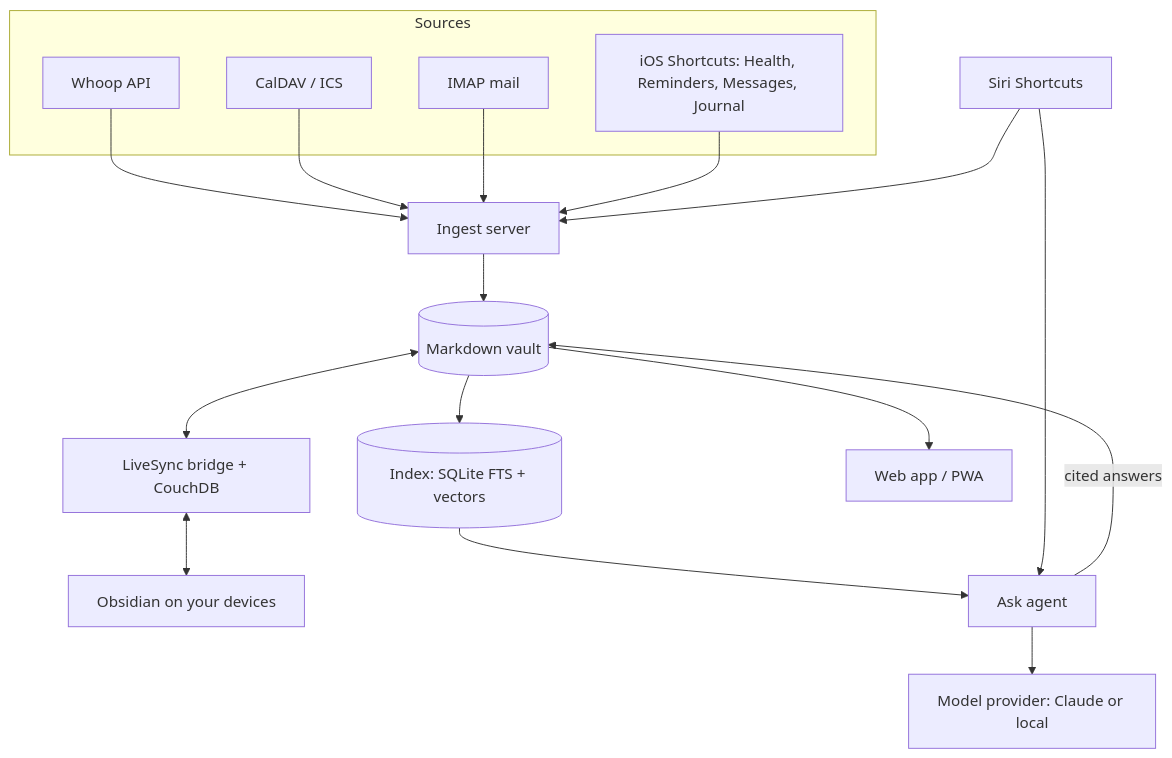
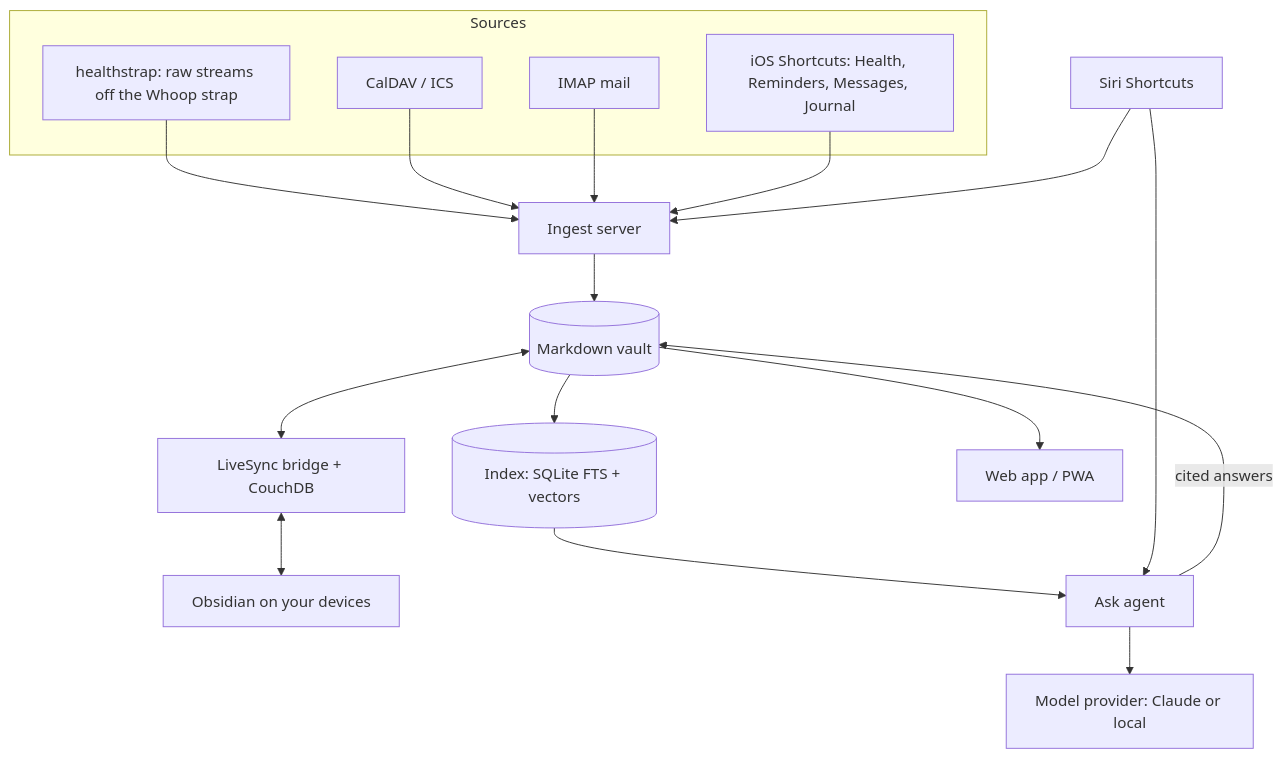
One commit to pkrshnan/dashboardify changed the diagram in docs/architecture.md. Above: the diagram before and after it, drawn with Mermaid. The commit also changed other lines of this file and 3 other files, not shown here.

First line of the commit message:
Docs: health comes off the strap via healthstrap, not the Whoop API

````diff
--- a/docs/architecture.md
+++ b/docs/architecture.md
@@ -15,19 +15,19 @@
 ```mermaid
 flowchart TD
   subgraph Sources
-    W[Whoop API]
+    W[healthstrap: raw streams off the Whoop strap]
     C[CalDAV / ICS]
     M[IMAP mail]
     S[iOS Shortcuts: Health, Reminders, Messages, Journal]
   end
   W & C & M & S --> I[Ingest server]
   I --> V[(Markdown vault)]
   V <--> L[LiveSync bridge + CouchDB] <--> O[Obsidian on your devices]
   V --> X[(Index: SQLite FTS + vectors)]
   X --> A[Ask agent]
   A --> P[Model provider: Claude or local]
   A -- cited answers --> V
   V --> U[Web app / PWA]
   Siri[Siri Shortcuts] --> A
   Siri --> I
 ```
````
